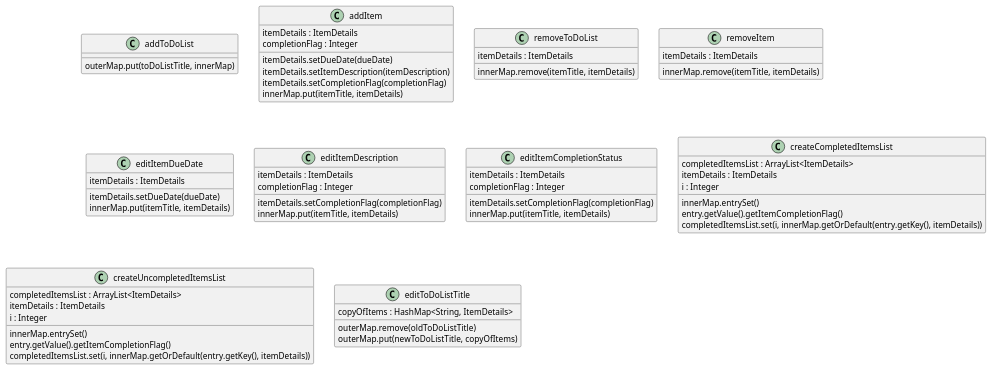
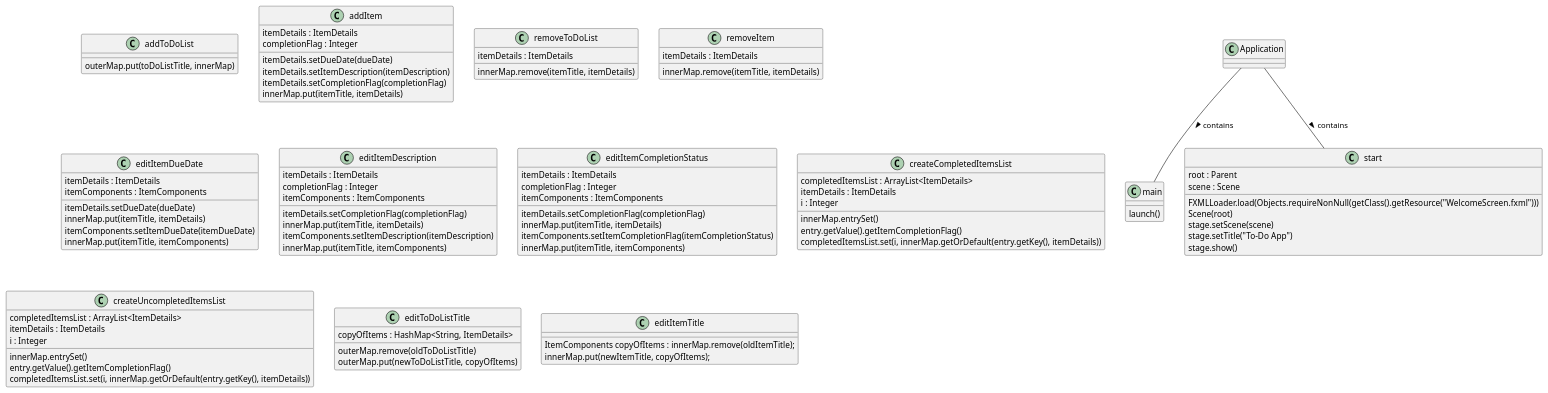
One commit to averyreyna/reyna-cop3330-assignment4 changed the diagram in uml/assignment4_classdiagram.puml. Above: the diagram before and after it, drawn with PlantUML.

Commit message:
Updated uml files

```diff
--- a/uml/assignment4_classdiagram.puml
+++ b/uml/assignment4_classdiagram.puml
@@ -1,81 +1,127 @@
 @startuml
 'https://plantuml.com/class-diagram'
+
+class main
+{
+    launch()
+}
+
+class start
+{
+    root : Parent
+    FXMLLoader.load(Objects.requireNonNull(getClass().getResource("WelcomeScreen.fxml")))
+    scene : Scene
+    Scene(root)
+    stage.setScene(scene)
+    stage.setTitle("To-Do App")
+    stage.show()
+}
 
 class addToDoList
 {
     outerMap.put(toDoListTitle, innerMap)
 }
 
 class addItem
 {
     itemDetails : ItemDetails
     completionFlag : Integer
     itemDetails.setDueDate(dueDate)
     itemDetails.setItemDescription(itemDescription)
     itemDetails.setCompletionFlag(completionFlag)
     innerMap.put(itemTitle, itemDetails)
 }
 
 class removeToDoList
 {
     itemDetails : ItemDetails
     innerMap.remove(itemTitle, itemDetails)
 }
 
 class removeItem
 {
      itemDetails : ItemDetails
      innerMap.remove(itemTitle, itemDetails)
 }
 
 class editItemDueDate
 {
     itemDetails : ItemDetails
     itemDetails.setDueDate(dueDate)
     innerMap.put(itemTitle, itemDetails)
 }
 
 class editItemDescription
 {
     itemDetails : ItemDetails
     completionFlag : Integer
     itemDetails.setCompletionFlag(completionFlag)
     innerMap.put(itemTitle, itemDetails)
 }
 
 class editItemCompletionStatus
 {
     itemDetails : ItemDetails
     completionFlag : Integer
     itemDetails.setCompletionFlag(completionFlag)
     innerMap.put(itemTitle, itemDetails)
 }
 
 class createCompletedItemsList
 {
     completedItemsList : ArrayList<ItemDetails>
     itemDetails : ItemDetails
     i : Integer
     innerMap.entrySet()
     entry.getValue().getItemCompletionFlag()
     completedItemsList.set(i, innerMap.getOrDefault(entry.getKey(), itemDetails))
 }
 
 class createUncompletedItemsList
 {
     completedItemsList : ArrayList<ItemDetails>
     itemDetails : ItemDetails
     i : Integer
     innerMap.entrySet()
     entry.getValue().getItemCompletionFlag()
     completedItemsList.set(i, innerMap.getOrDefault(entry.getKey(), itemDetails))
 }
 
 class editToDoListTitle
 {
     copyOfItems : HashMap<String, ItemDetails>
     outerMap.remove(oldToDoListTitle)
     outerMap.put(newToDoListTitle, copyOfItems)
 }
 
+class editItemTitle
+{
+    ItemComponents copyOfItems : innerMap.remove(oldItemTitle);
+    innerMap.put(newItemTitle, copyOfItems);
+}
+
+class editItemDueDate
+{
+    itemComponents : ItemComponents
+    itemComponents.setItemDueDate(itemDueDate)
+    innerMap.put(itemTitle, itemComponents)
+}
+
+class editItemDescription
+{
+    itemComponents : ItemComponents
+    itemComponents.setItemDescription(itemDescription)
+    innerMap.put(itemTitle, itemComponents)
+}
+
+class editItemCompletionStatus
+{
+    itemComponents : ItemComponents
+     itemComponents.setItemCompletionFlag(itemCompletionStatus)
+     innerMap.put(itemTitle, itemComponents)
+}
+
+Application -- main : contains >
+Application -- start : contains >
+
 @enduml
```
